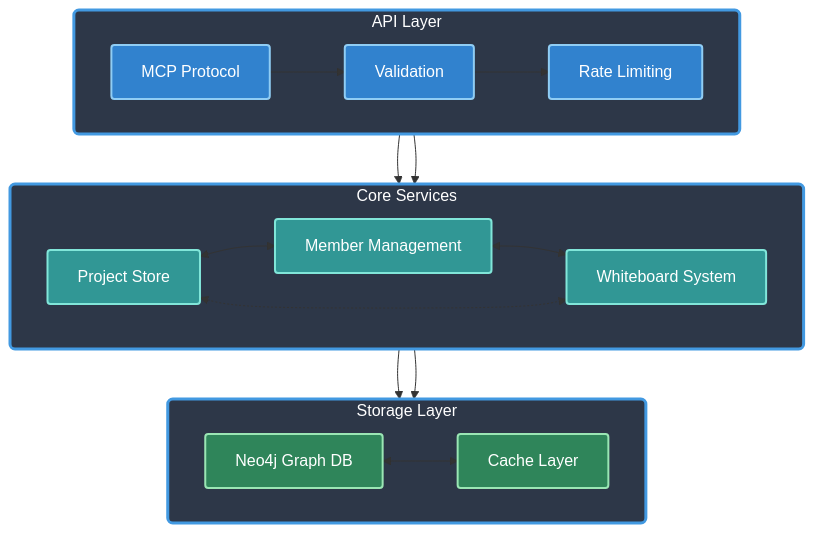
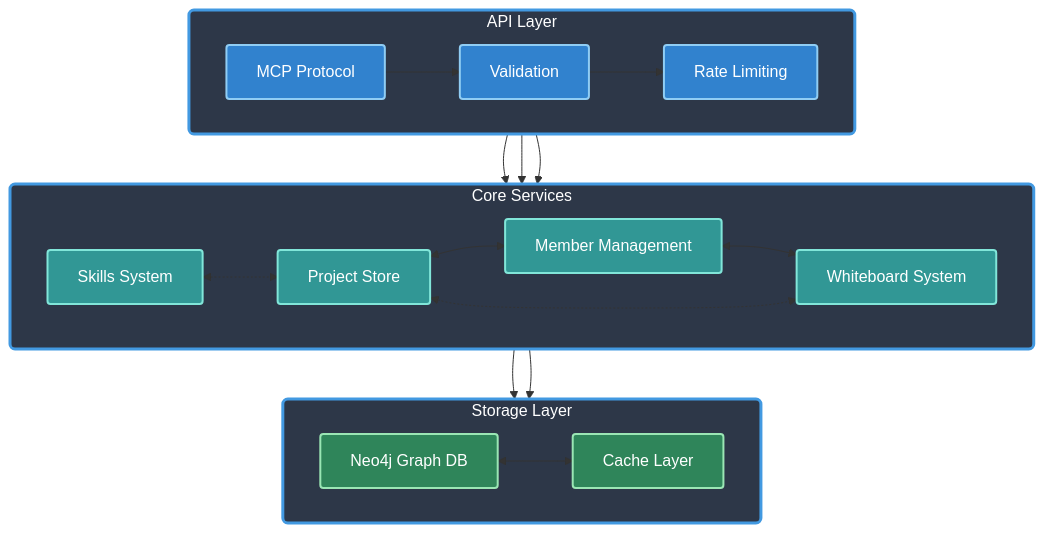
Before and after one commit to scotthamilton77/atlas-mcp-server: the diagram in README.md, drawn with Mermaid. The commit also changed other lines of this file and 1 other file, not shown here.

Commit message:
feat: Add ATLAS Skills configuration and documentation

````diff
--- a/README.md
+++ b/README.md
@@ -65,46 +66,49 @@
 ```mermaid
 flowchart TB
     subgraph API["API Layer"]
         direction LR
         MCP["MCP Protocol"]
         Val["Validation"]
         Rate["Rate Limiting"]
 
         MCP --> Val --> Rate
     end
 
     subgraph Core["Core Services"]
         direction LR
         Project["Project Store"]
+        Skills["Skills System"]
         Whiteboard["Whiteboard System"]
         Member["Member Management"]
 
         Project <--> Member
         Member <--> Whiteboard
         Project <-.-> Whiteboard
+        Skills <-.-> Project
     end
 
     subgraph Storage["Storage Layer"]
         direction LR
         Neo4j["Neo4j Graph DB"]
         Cache["Cache Layer"]
 
         Neo4j <--> Cache
     end
 
     Rate --> Project
     Rate --> Whiteboard
+    Rate --> Skills
     Project --> Neo4j
     Whiteboard --> Neo4j
 
     classDef layer fill:#2d3748,stroke:#4299e1,stroke-width:3px,rx:5,color:#fff
     classDef component fill:#1a202c,stroke:#a0aec0,stroke-width:2px,rx:3,color:#fff
     classDef api fill:#3182ce,stroke:#90cdf4,stroke-width:2px,rx:3,color:#fff
     classDef core fill:#319795,stroke:#81e6d9,stroke-width:2px,rx:3,color:#fff
     classDef storage fill:#2f855a,stroke:#9ae6b4,stroke-width:2px,rx:3,color:#fff
 
     class API,Core,Storage layer
     class MCP,Val,Rate api
-    class Project,Whiteboard,Member core
+    class Project,Whiteboard,Member,Skills core
     class Neo4j,Cache storage
 ```
````
